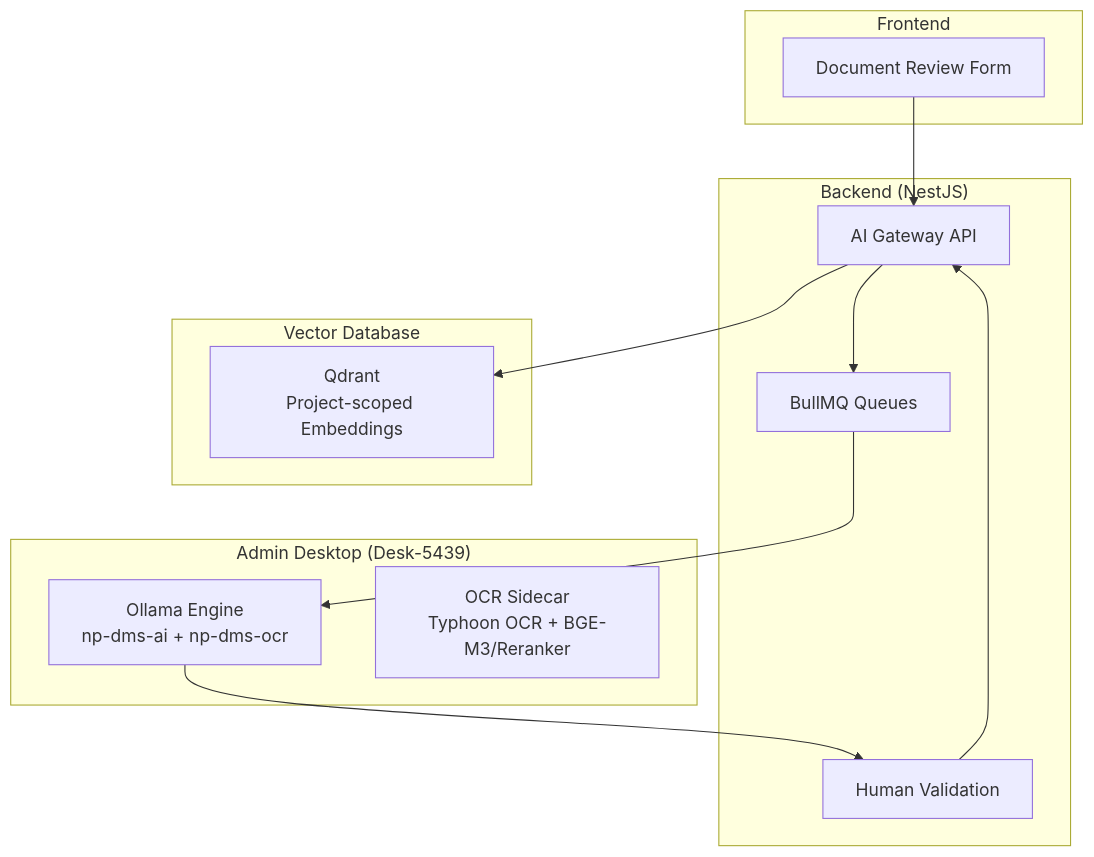
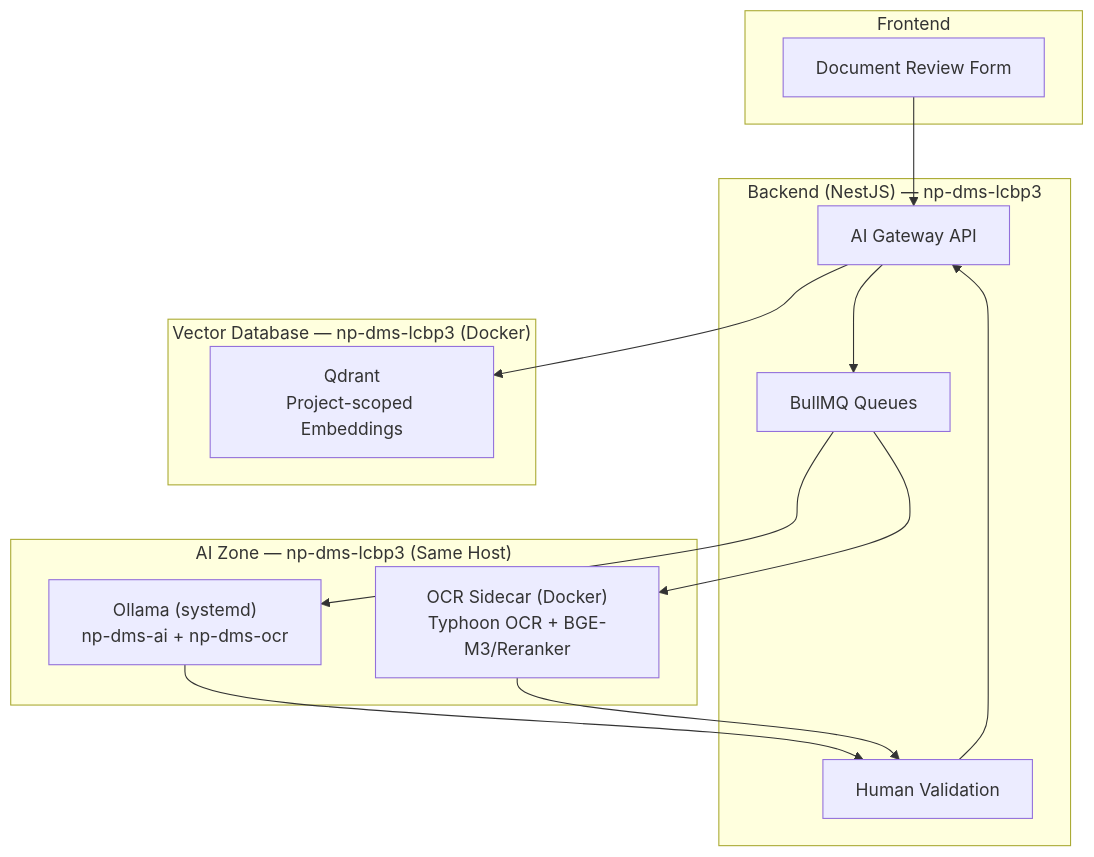
Before and after one commit to peancharoen/lcbp3: the seventh of 7 diagrams in ARCHITECTURE.md, drawn with Mermaid. The commit also changed other lines of this file and 147 other files, not shown here.

````diff
--- a/ARCHITECTURE.md
+++ b/ARCHITECTURE.md
@@ -468,28 +513,30 @@
 ```mermaid
 graph TB
     subgraph "Frontend"
         UI["Document Review Form"]
     end
 
-    subgraph "Backend (NestJS)"
+    subgraph "Backend (NestJS) — np-dms-lcbp3"
         Gateway["AI Gateway API"]
         Queue["BullMQ Queues"]
         Validation["Human Validation"]
     end
 
-    subgraph "Admin Desktop (Desk-5439)"
-        Ollama["Ollama Engine<br/>np-dms-ai + np-dms-ocr"]
-        OCR["OCR Sidecar<br/>Typhoon OCR + BGE-M3/Reranker"]
+    subgraph "AI Zone — np-dms-lcbp3 (Same Host)"
+        Ollama["Ollama (systemd)<br/>np-dms-ai + np-dms-ocr"]
+        OCR["OCR Sidecar (Docker)<br/>Typhoon OCR + BGE-M3/Reranker"]
     end
 
-    subgraph "Vector Database"
+    subgraph "Vector Database — np-dms-lcbp3 (Docker)"
         Qdrant["Qdrant<br/>Project-scoped Embeddings"]
     end
 
     UI --> Gateway
     Gateway --> Queue
     Queue --> Ollama
+    Queue --> OCR
     Ollama --> Validation
+    OCR --> Validation
     Validation --> Gateway
     Gateway --> Qdrant
 ```
````
